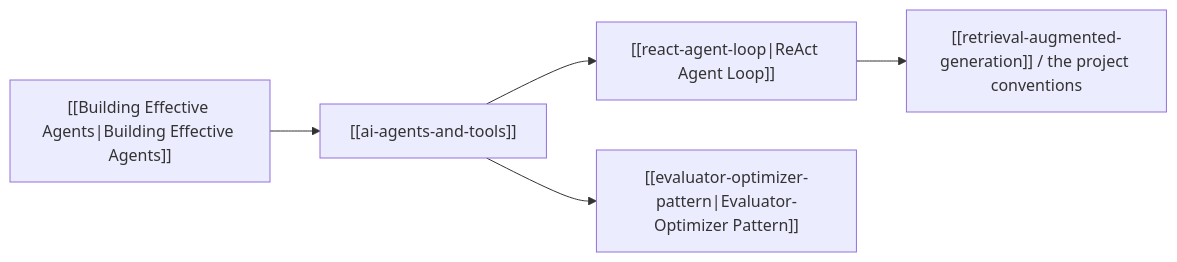
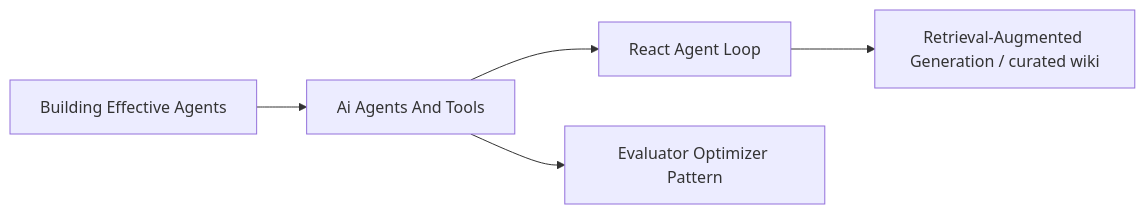
One commit to gopalshivapuja/ai-wiki changed the diagram in seed/notes/moc/moc-agentic-patterns.md. Above: the diagram before and after it, drawn with Mermaid. The commit also changed other lines of this file and 40 other files, not shown here.

First line of the commit message:
Fix wikilink navigation, stream AI answers, repair the link graph (#5)

````diff
--- a/seed/notes/moc/moc-agentic-patterns.md
+++ b/seed/notes/moc/moc-agentic-patterns.md
@@ -42,7 +42,7 @@
 ```mermaid
 flowchart LR
-    Guide["[[Building Effective Agents|Building Effective Agents]]"] --> Overview["[[ai-agents-and-tools]]"]
-    Overview --> ReAct["[[react-agent-loop|ReAct Agent Loop]]"]
-    Overview --> EvalOpt["[[evaluator-optimizer-pattern|Evaluator-Optimizer Pattern]]"]
-    ReAct --> WikiStore["[[retrieval-augmented-generation]] / the project conventions"]
+    Guide["Building Effective Agents"] --> Overview["Ai Agents And Tools"]
+    Overview --> ReAct["React Agent Loop"]
+    Overview --> EvalOpt["Evaluator Optimizer Pattern"]
+    ReAct --> WikiStore["Retrieval-Augmented Generation / curated wiki"]
 ```
````
